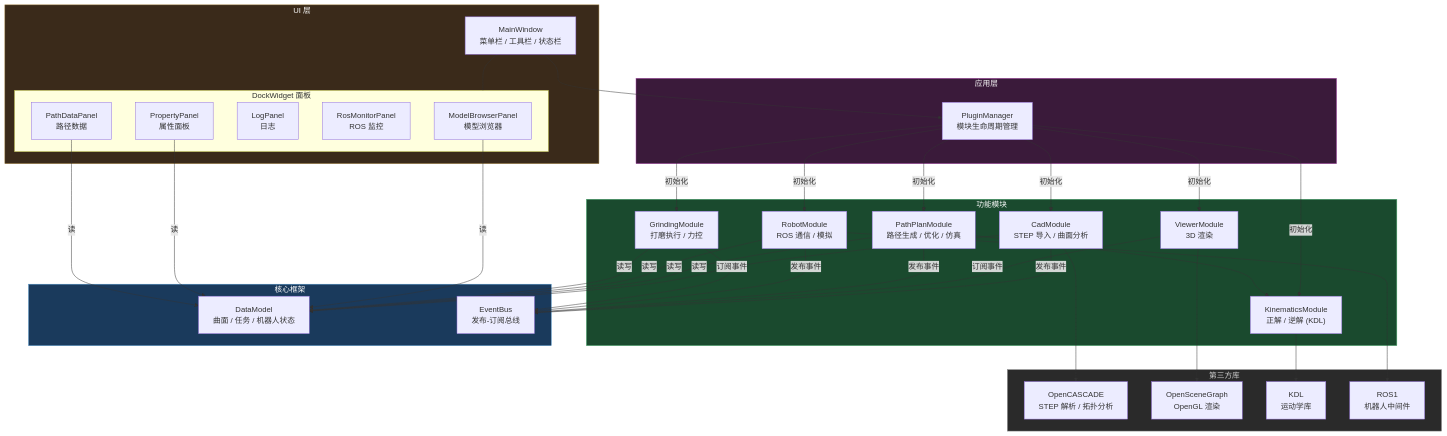
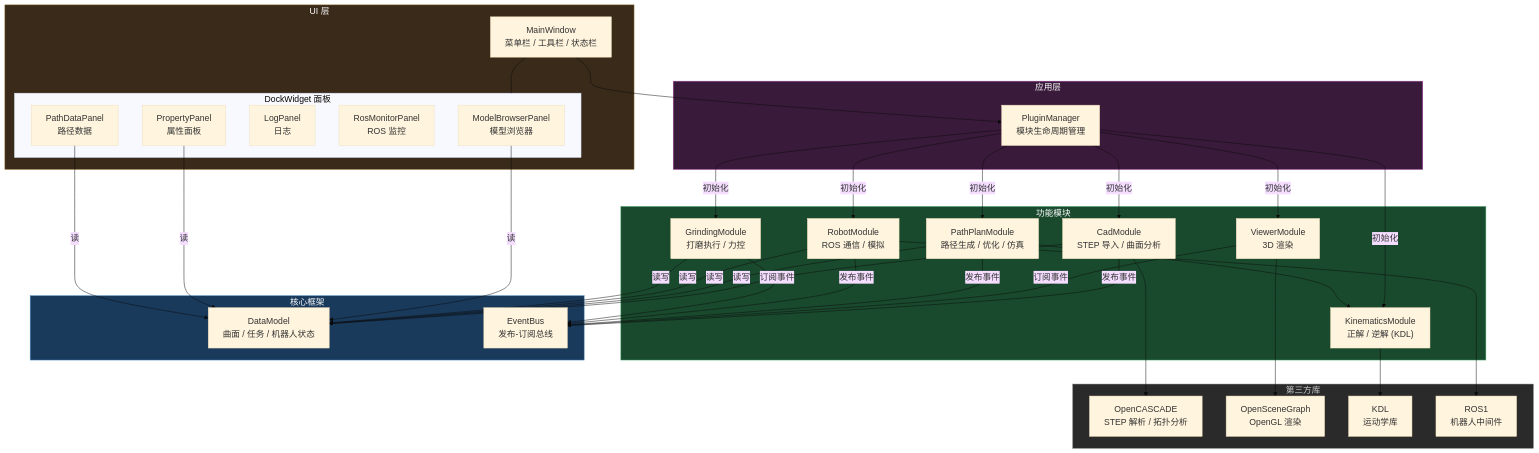
The first of 2 diagrams in README.md (dragonlogin/AIRobotCoding), drawn with Mermaid before and after one commit. The commit also changed other lines of this file and 56 other files, not shown here.

````diff
--- a/README.md
+++ b/README.md
@@ -25,75 +25,76 @@
 ```mermaid
+%%{init: {'theme': 'base', 'themeVariables': { 'fontSize': '18px' }}}%%
 graph TB
     subgraph UI层["UI 层"]
         MW["MainWindow\n菜单栏 / 工具栏 / 状态栏"]
         subgraph Panels["DockWidget 面板"]
             MBP["ModelBrowserPanel\n模型浏览器"]
             PP["PropertyPanel\n属性面板"]
             LP["LogPanel\n日志"]
             RMP["RosMonitorPanel\nROS 监控"]
             PDP["PathDataPanel\n路径数据"]
         end
     end
 
     subgraph APP层["应用层"]
         PM["PluginManager\n模块生命周期管理"]
     end
 
     subgraph 功能模块["功能模块"]
         CAD["CadModule\nSTEP 导入 / 曲面分析"]
         VIEWER["ViewerModule\n3D 渲染"]
         KIN["KinematicsModule\n正解 / 逆解 (KDL)"]
         PATH["PathPlanModule\n路径生成 / 优化 / 仿真"]
         ROBOT["RobotModule\nROS 通信 / 模拟"]
         GRIND["GrindingModule\n打磨执行 / 力控"]
     end
 
     subgraph 核心框架["核心框架"]
         DM["DataModel\n曲面 / 任务 / 机器人状态"]
         EB["EventBus\n发布-订阅总线"]
     end
 
     subgraph 第三方库["第三方库"]
         OCC["OpenCASCADE\nSTEP 解析 / 拓扑分析"]
         OSG["OpenSceneGraph\nOpenGL 渲染"]
         KDL["KDL\n运动学库"]
         ROS["ROS1\n机器人中间件"]
     end
 
     MW --> PM
     MW --- Panels
 
     PM -->|初始化| CAD
     PM -->|初始化| VIEWER
     PM -->|初始化| KIN
     PM -->|初始化| PATH
     PM -->|初始化| ROBOT
     PM -->|初始化| GRIND
 
     CAD -->|读写| DM
     PATH -->|读写| DM
     ROBOT -->|读写| DM
     GRIND -->|读写| DM
 
     CAD -->|发布事件| EB
     VIEWER -->|订阅事件| EB
     PATH -->|发布事件| EB
     ROBOT -->|发布事件| EB
     GRIND -->|订阅事件| EB
 
     MBP -->|读| DM
     PP -->|读| DM
     PDP -->|读| DM
 
     CAD --> OCC
     VIEWER --> OSG
     KIN --> KDL
     ROBOT --> ROS
     PATH --> KIN
 
     style 核心框架 fill:#1a3a5c,stroke:#4a8ec2,color:#fff
     style 功能模块 fill:#1a4a2e,stroke:#4aaa6e,color:#fff
     style UI层 fill:#3a2a1a,stroke:#aa8a4a,color:#fff
     style APP层 fill:#3a1a3a,stroke:#aa4aaa,color:#fff
     style 第三方库 fill:#2a2a2a,stroke:#888,color:#ccc
 ```
````
